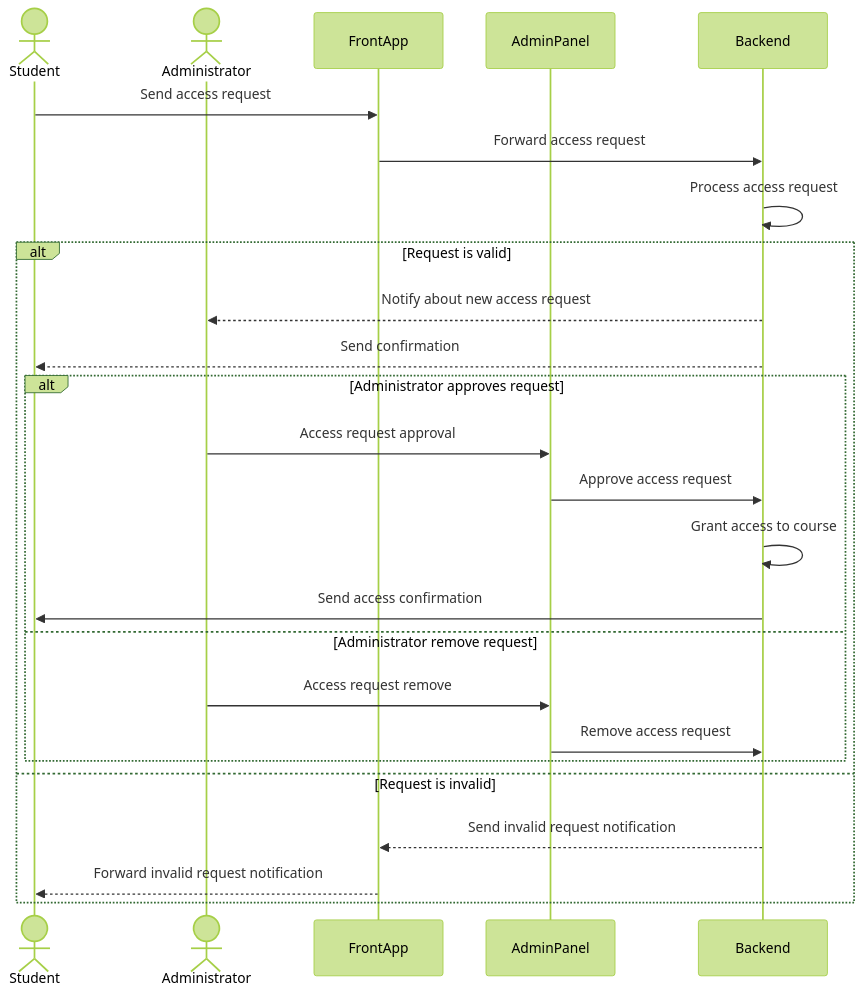
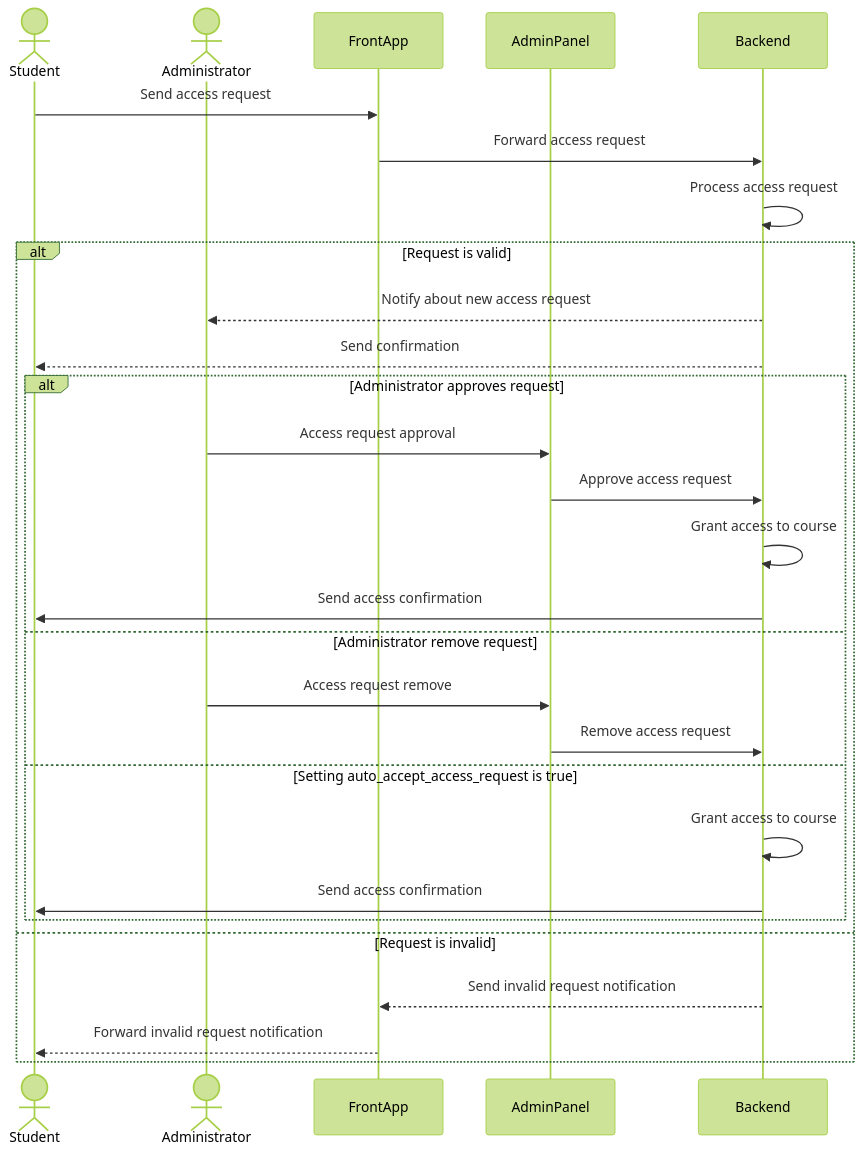
The diagram in README.md (EscolaLMS/Course-Access), drawn with Mermaid (forest theme) before and after one commit.

````diff
--- a/README.md
+++ b/README.md
@@ -49,30 +49,33 @@
 ```mermaid
 sequenceDiagram
 
     actor Student
     actor Administrator
     participant FrontApp
     participant AdminPanel
     participant Backend
 
     Student ->> FrontApp: Send access request
     FrontApp ->> Backend: Forward access request
     Backend ->> Backend: Process access request
     alt Request is valid
         Backend -->> Administrator: Notify about new access request
         Backend -->> Student: Send confirmation
         alt Administrator approves request
             Administrator ->> AdminPanel: Access request approval
             AdminPanel ->> Backend: Approve access request
             Backend ->> Backend: Grant access to course
             Backend ->> Student: Send access confirmation
         else Administrator remove request
             Administrator ->> AdminPanel: Access request remove
             AdminPanel ->> Backend: Remove access request
+        else Setting auto_accept_access_request is true
+            Backend ->> Backend: Grant access to course
+            Backend ->> Student: Send access confirmation
         end
     else Request is invalid
         Backend -->> FrontApp: Send invalid request notification
         FrontApp -->> Student: Forward invalid request notification
     end
     
 ```
````
